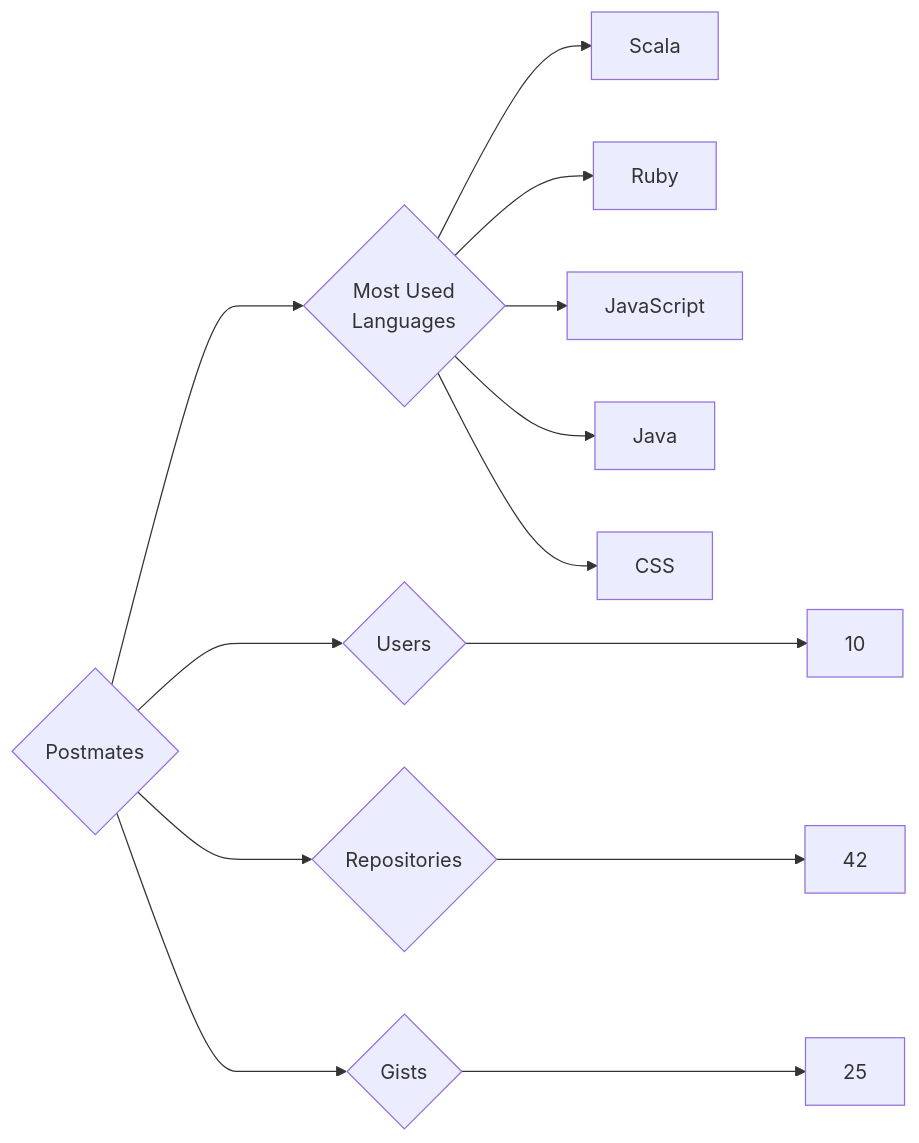
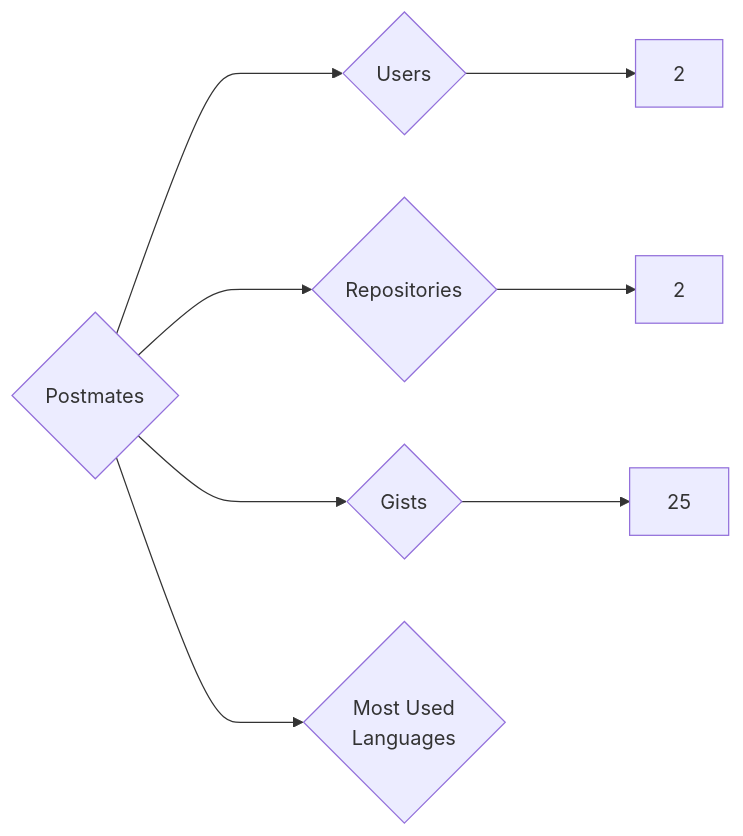
Before and after one commit to trickest/insiders: the diagram in targets/Postmates/README.md, drawn with Mermaid. The commit also changed 953 other files, not shown here.

````diff
--- a/targets/Postmates/README.md
+++ b/targets/Postmates/README.md
@@ -3,13 +3,8 @@
 ```mermaid
 graph LR
 COMPANY_NAME{Postmates}
-COMPANY_NAME ---> U{Users} ---> UN[10]
-COMPANY_NAME ---> R{Repositories} ---> RN[42]
+COMPANY_NAME ---> U{Users} ---> UN[2]
+COMPANY_NAME ---> R{Repositories} ---> RN[2]
 COMPANY_NAME ---> G{Gists} ---> GN[25]
 COMPANY_NAME ---> ML{Most Used<br>Languages}
-ML --> Scala[Scala]
-ML --> Ruby[Ruby]
-ML --> JavaScript[JavaScript]
-ML --> Java[Java]
-ML --> CSS[CSS]
 ```
````
